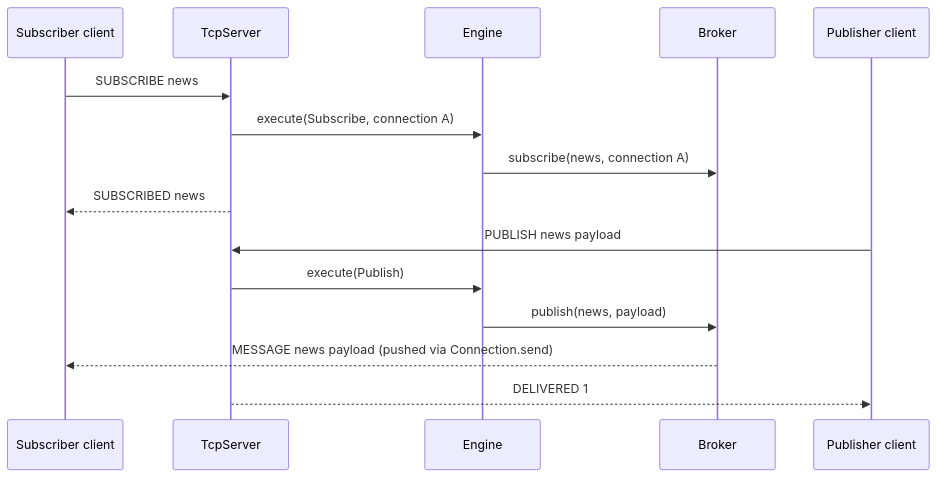
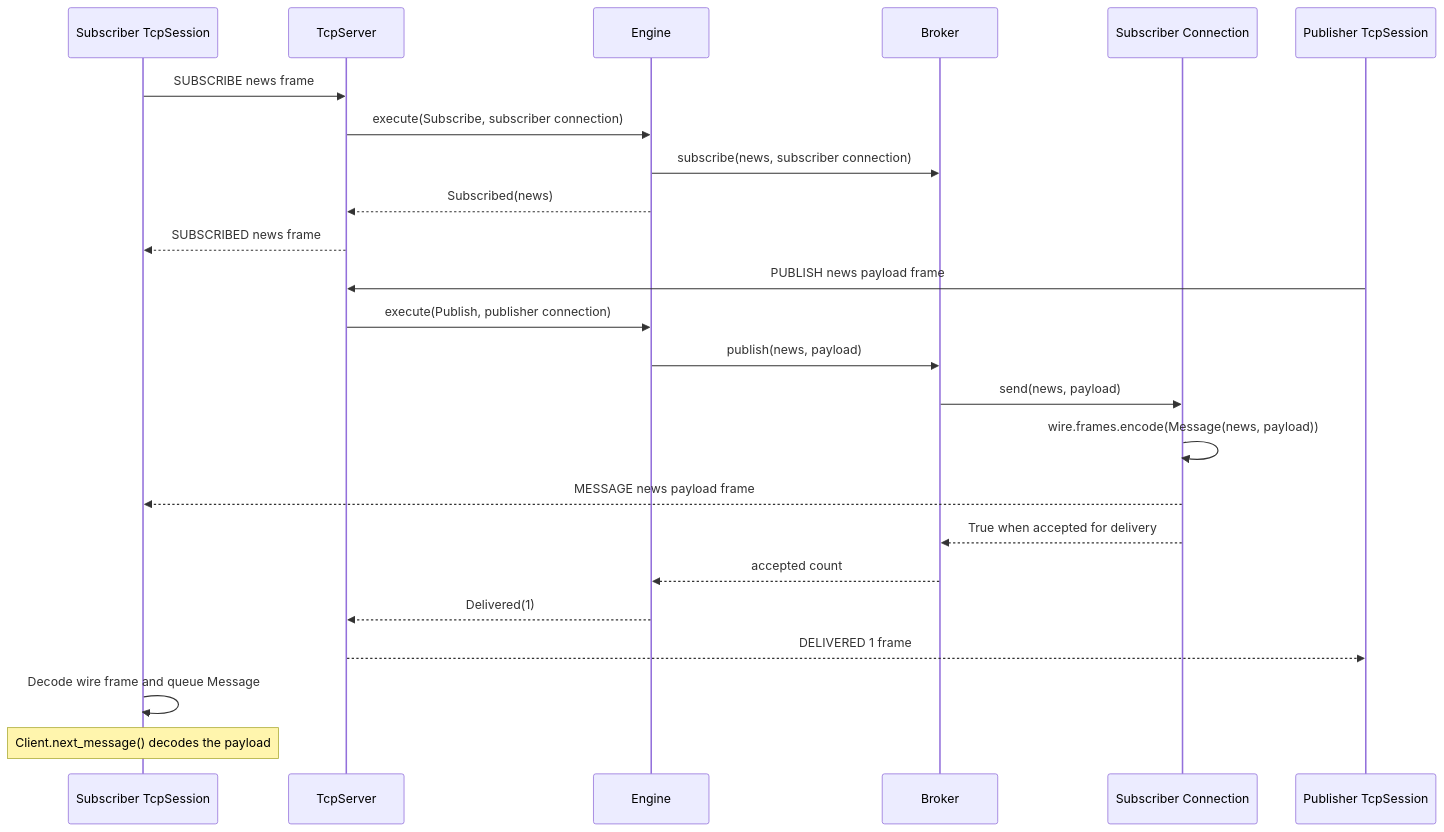
Before and after one commit to gchape/velis: the third of 6 diagrams in README.md, drawn with Mermaid. The commit also changed other lines of this file and 19 other files, not shown here.

````diff
--- a/README.md
+++ b/README.md
@@ -158,19 +186,28 @@
 ```mermaid
 sequenceDiagram
-    participant A as Subscriber client
+    participant A as Subscriber TcpSession
     participant S as TcpServer
     participant E as Engine
     participant B as Broker
-    participant P as Publisher client
+    participant N as Subscriber Connection
+    participant P as Publisher TcpSession
 
-    A->>S: SUBSCRIBE news
-    S->>E: execute(Subscribe, connection A)
-    E->>B: subscribe(news, connection A)
-    S-->>A: SUBSCRIBED news
+    A->>S: SUBSCRIBE news frame
+    S->>E: execute(Subscribe, subscriber connection)
+    E->>B: subscribe(news, subscriber connection)
+    E-->>S: Subscribed(news)
+    S-->>A: SUBSCRIBED news frame
 
-    P->>S: PUBLISH news payload
-    S->>E: execute(Publish)
+    P->>S: PUBLISH news payload frame
+    S->>E: execute(Publish, publisher connection)
     E->>B: publish(news, payload)
-    B-->>A: MESSAGE news payload (pushed via Connection.send)
-    S-->>P: DELIVERED 1
+    B->>N: send(news, payload)
+    N->>N: wire.frames.encode(Message(news, payload))
+    N-->>A: MESSAGE news payload frame
+    N-->>B: True when accepted for delivery
+    B-->>E: accepted count
+    E-->>S: Delivered(1)
+    S-->>P: DELIVERED 1 frame
+    A->>A: Decode wire frame and queue Message
+    Note over A: Client.next_message() decodes the payload
 ```
````
